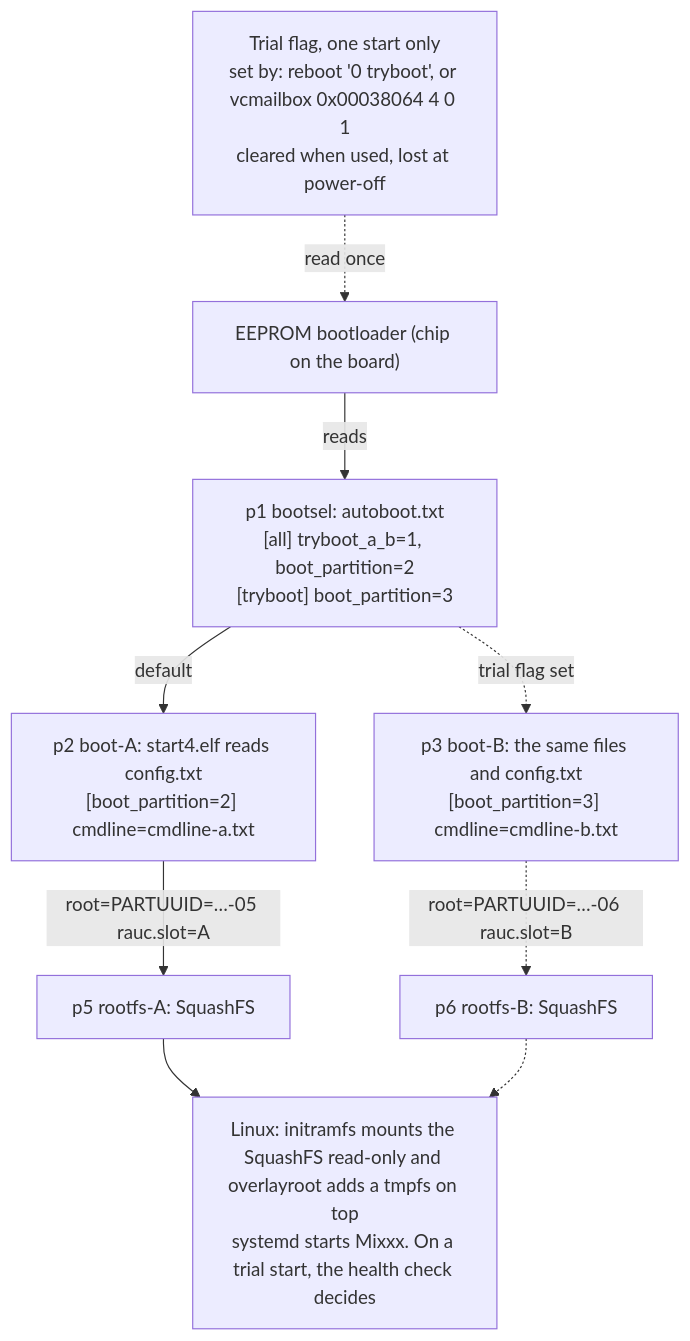
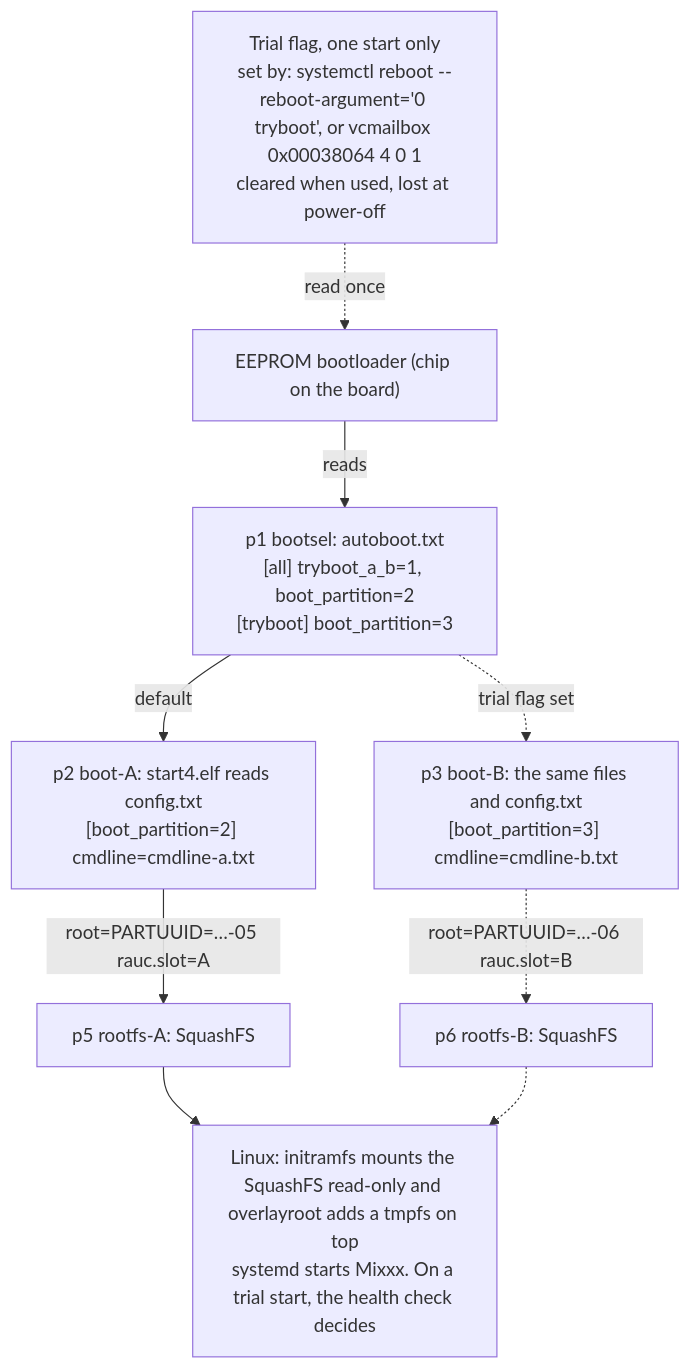
The first of 6 diagrams in pi-qemu/rauc-pi-4-report.md (usr-ein/TriMixxx), drawn with Mermaid before and after one commit. The commit also changed other lines of this file and 4 other files, not shown here.

````diff
--- a/pi-qemu/rauc-pi-4-report.md
+++ b/pi-qemu/rauc-pi-4-report.md
@@ -70,19 +70,19 @@
 ```mermaid
 flowchart TD
-  FLAG["Trial flag, one start only<br/>set by: reboot '0 tryboot', or vcmailbox 0x00038064 4 0 1<br/>cleared when used, lost at power-off"]
+  FLAG["Trial flag, one start only<br/>set by: systemctl reboot --reboot-argument='0 tryboot', or vcmailbox 0x00038064 4 0 1<br/>cleared when used, lost at power-off"]
   BL["EEPROM bootloader (chip on the board)"]
   P1["p1 bootsel: autoboot.txt<br/>[all] tryboot_a_b=1, boot_partition=2<br/>[tryboot] boot_partition=3"]
   P2["p2 boot-A: start4.elf reads config.txt<br/>[boot_partition=2] cmdline=cmdline-a.txt"]
   P3["p3 boot-B: the same files and config.txt<br/>[boot_partition=3] cmdline=cmdline-b.txt"]
   P5["p5 rootfs-A: SquashFS"]
   P6["p6 rootfs-B: SquashFS"]
   LX["Linux: initramfs mounts the SquashFS read-only and overlayroot adds a tmpfs on top<br/>systemd starts Mixxx. On a trial start, the health check decides"]
   FLAG -.->|read once| BL
   BL -->|reads| P1
   P1 -->|default| P2
   P1 -.->|trial flag set| P3
   P2 -->|"root=PARTUUID=…-05 rauc.slot=A"| P5
   P3 -.->|"root=PARTUUID=…-06 rauc.slot=B"| P6
   P5 --> LX
   P6 -.-> LX
 ```
````
